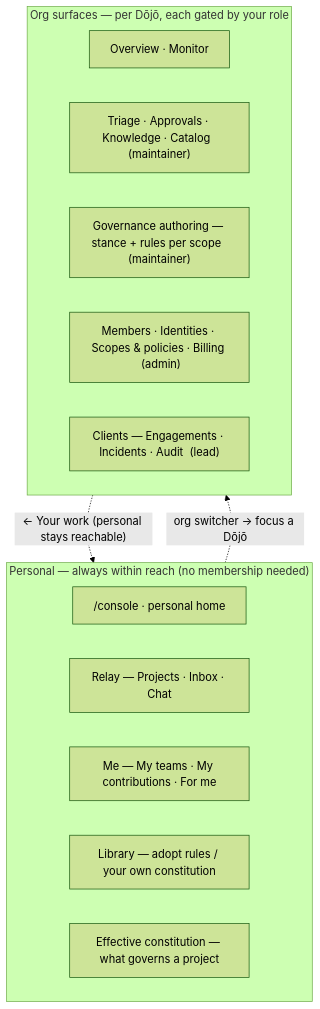
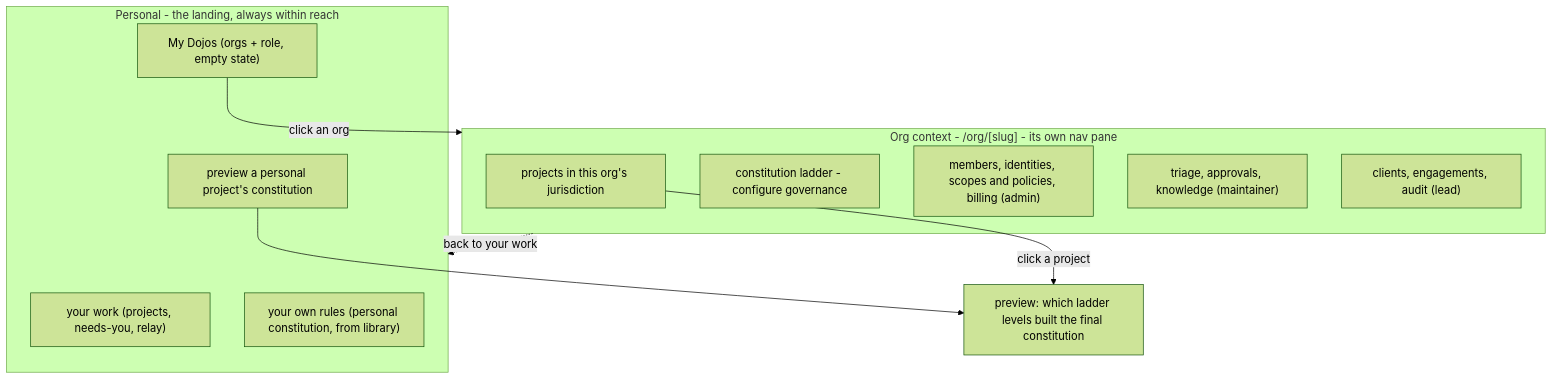
One commit to sensei-hq/sensei changed the second of 4 diagrams in docs/features/dojo/sitemap.md. Above: the diagram before and after it, drawn with Mermaid (forest theme). The commit also changed other lines of this file, not shown here.

First line of the commit message:
docs(features): dojo sitemap — work-first personal view + /org/[slug] context (resolved Q1-3)

````diff
--- a/docs/features/dojo/sitemap.md
+++ b/docs/features/dojo/sitemap.md
@@ -45,19 +45,20 @@
 ```mermaid
 flowchart TD
-  subgraph YOU["Personal — always within reach (no membership needed)"]
-    Y0["/console · personal home"]
-    Y1["Relay — Projects · Inbox · Chat"]
-    Y2["Me — My teams · My contributions · For me"]
-    Y3["Library — adopt rules / your own constitution"]
-    Y4["Effective constitution — what governs a project"]
+  subgraph P["Personal - the landing, always within reach"]
+    P0["your work (projects, needs-you, relay)"]
+    P1["My Dojos (orgs + role, empty state)"]
+    P2["your own rules (personal constitution, from library)"]
+    P3["preview a personal project's constitution"]
   end
-  subgraph DOJO["Org surfaces — per Dōjō, each gated by your role"]
-    D0["Overview · Monitor"]
-    D1["Triage · Approvals · Knowledge · Catalog  (maintainer)"]
-    D2["Governance authoring — stance + rules per scope  (maintainer)"]
-    D3["Members · Identities · Scopes & policies · Billing  (admin)"]
-    D4["Clients — Engagements · Incidents · Audit  (lead)"]
+  subgraph O["Org context - /org/[slug] - its own nav pane"]
+    O0["projects in this org's jurisdiction"]
+    O1["constitution ladder - configure governance"]
+    O2["members, identities, scopes and policies, billing (admin)"]
+    O3["triage, approvals, knowledge (maintainer)"]
+    O4["clients, engagements, audit (lead)"]
   end
-  YOU -. "org switcher → focus a Dōjō" .-> DOJO
-  DOJO -. "← Your work (personal stays reachable)" .-> YOU
+  P1 -- "click an org" --> O
+  O0 -- "click a project" --> PV["preview: which ladder levels built the final constitution"]
+  P3 --> PV
+  O -. "back to your work" .-> P
 ```
````
